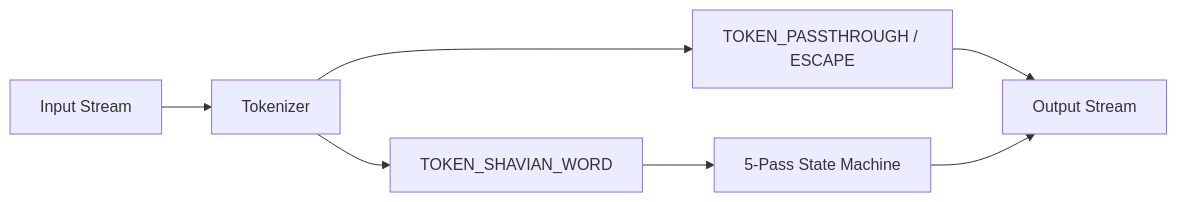
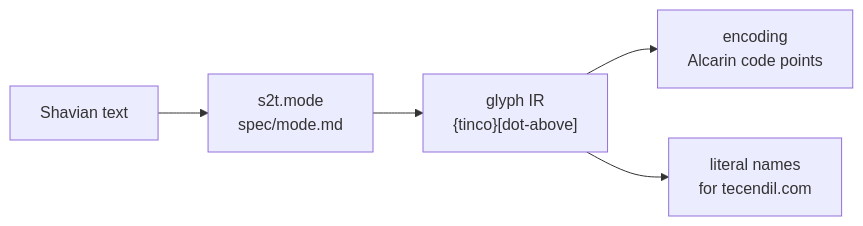
The diagram in README.md (alexsasharegan/shavian2tengwar), drawn with Mermaid before and after one commit. The commit also changed other lines of this file, not shown here.

First line of the commit message:
Rewrite README for the s2t engine and spec

````diff
--- a/README.md
+++ b/README.md
@@ -38,9 +51,7 @@
 ```mermaid
 flowchart LR
-    A["Input Stream"] --> B["Tokenizer"]
-    B --> C["TOKEN_PASSTHROUGH / ESCAPE"]
-    B --> D["TOKEN_SHAVIAN_WORD"]
-    D --> E["5-Pass State Machine"]
-    C --> F["Output Stream"]
-    E --> F
+    A["Shavian text"] --> B["s2t.mode<br/>spec/mode.md"]
+    B --> C["glyph IR<br/>{tinco}[dot-above]"]
+    C --> D["encoding<br/>Alcarin code points"]
+    C --> E["literal names<br/>for tecendil.com"]
 ```
````
